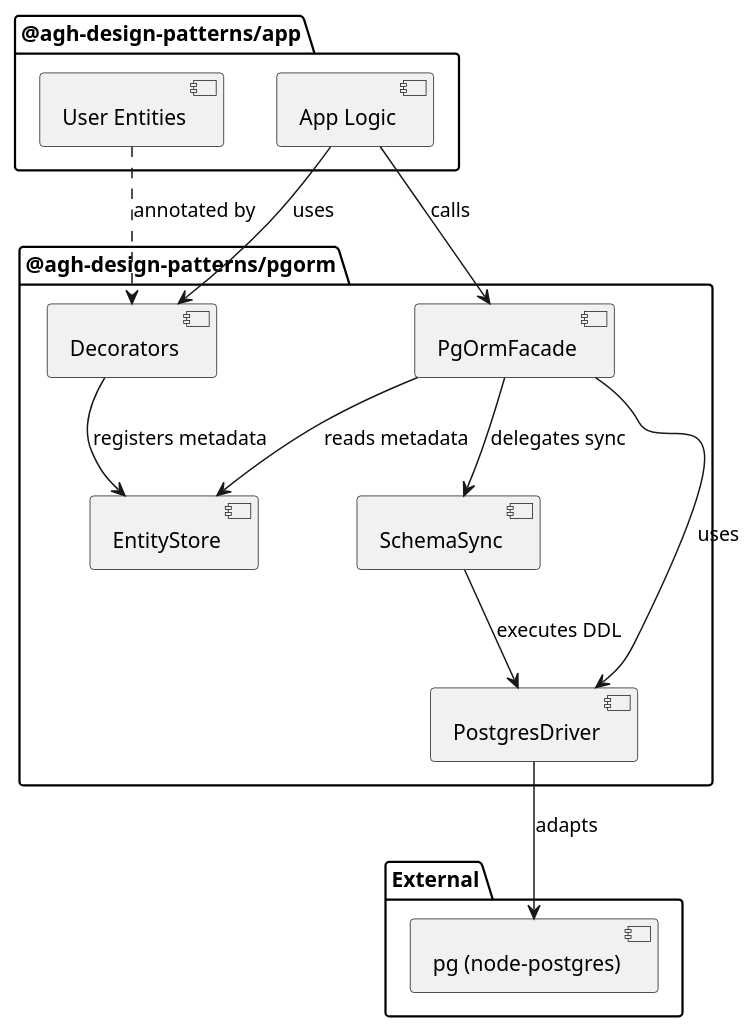
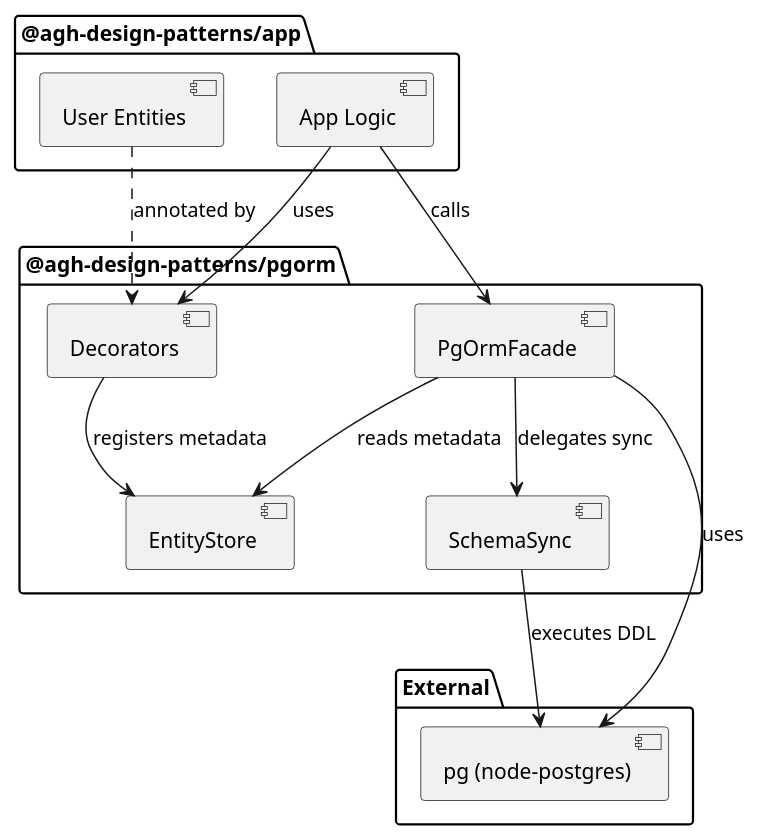
One commit to mKepka16/agh-design-patterns changed the diagram in docs/diagrams/logical-architecture.puml. Above: the diagram before and after it, drawn with PlantUML. The commit also changed 5 other files, not shown here.

Commit message:
Remove adapter pattern in diagrams

```diff
--- a/docs/diagrams/logical-architecture.puml
+++ b/docs/diagrams/logical-architecture.puml
@@ -1,28 +1,26 @@
 @startuml
 package "@agh-design-patterns/app" {
     [User Entities]
     [App Logic]
 }
 
 package "@agh-design-patterns/pgorm" {
     [PgOrmFacade]
     [Decorators]
     [EntityStore]
     [SchemaSync]
-    [PostgresDriver]
 }
 
 package "External" {
     [pg (node-postgres)]
 }
 
 [App Logic] --> [PgOrmFacade] : calls
 [App Logic] --> [Decorators] : uses
 [User Entities] ..> [Decorators] : annotated by
 [Decorators] --> [EntityStore] : registers metadata
 [PgOrmFacade] --> [EntityStore] : reads metadata
 [PgOrmFacade] --> [SchemaSync] : delegates sync
-[PgOrmFacade] --> [PostgresDriver] : uses
-[SchemaSync] --> [PostgresDriver] : executes DDL
-[PostgresDriver] --> [pg (node-postgres)] : adapts
+[PgOrmFacade] --> [pg (node-postgres)] : uses
+[SchemaSync] --> [pg (node-postgres)] : executes DDL
 @enduml
```
